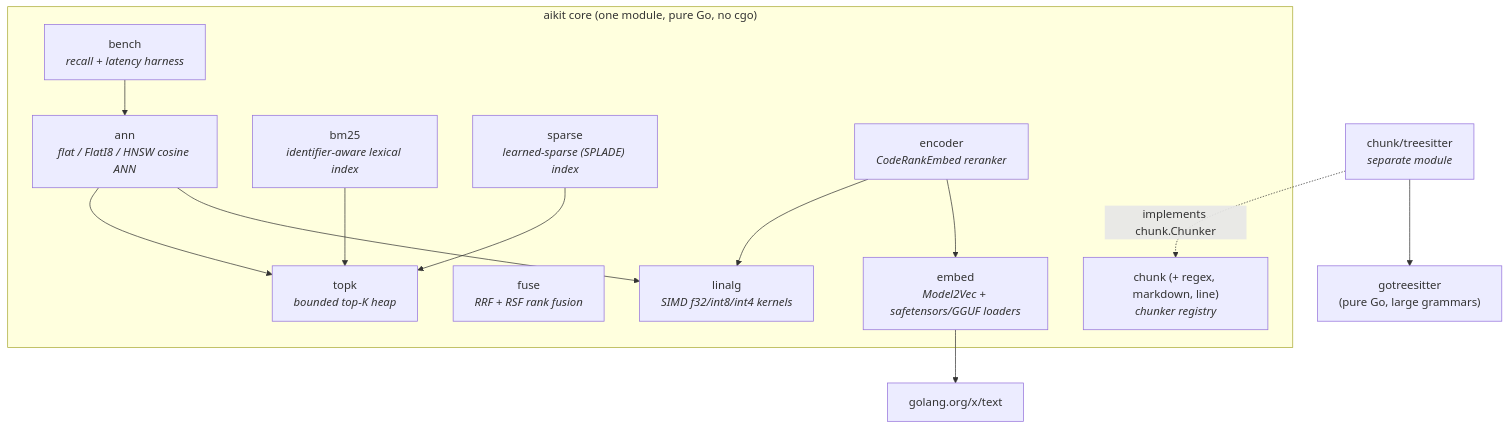
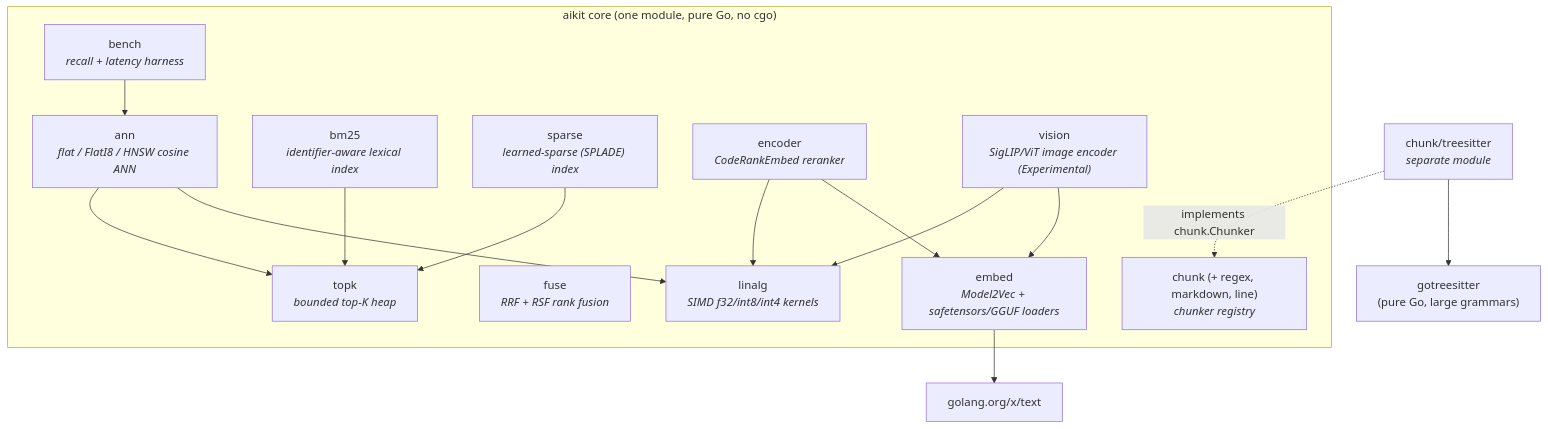
One commit to townsendmerino/aikit changed the first of 3 diagrams in docs/architecture.md. Above: the diagram before and after it, drawn with Mermaid. The commit also changed other lines of this file and 15 other files, not shown here.

First line of the commit message:
vision: add pure-Go SigLIP/ViT image encoder (Experimental) — moved from goinfer

````diff
--- a/docs/architecture.md
+++ b/docs/architecture.md
@@ -49,25 +49,28 @@
 ```mermaid
 graph TD
     subgraph core ["aikit core (one module, pure Go, no cgo)"]
         topk["topk<br/><i>bounded top-K heap</i>"]
         ann["ann<br/><i>flat / FlatI8 / HNSW cosine ANN</i>"]
         bm25["bm25<br/><i>identifier-aware lexical index</i>"]
         sparse["sparse<br/><i>learned-sparse (SPLADE) index</i>"]
         fuse["fuse<br/><i>RRF + RSF rank fusion</i>"]
         chunk["chunk (+ regex, markdown, line)<br/><i>chunker registry</i>"]
         linalg["linalg<br/><i>SIMD f32/int8/int4 kernels</i>"]
         embed["embed<br/><i>Model2Vec + safetensors/GGUF loaders</i>"]
         encoder["encoder<br/><i>CodeRankEmbed reranker</i>"]
+        vision["vision<br/><i>SigLIP/ViT image encoder (Experimental)</i>"]
         bench["bench<br/><i>recall + latency harness</i>"]
         encoder --> embed
         encoder --> linalg
+        vision --> embed
+        vision --> linalg
         ann --> linalg
         ann --> topk
         bm25 --> topk
         sparse --> topk
         bench --> ann
     end
     ts["chunk/treesitter<br/><i>separate module</i>"] -.->|implements chunk.Chunker| chunk
     ts --> gts["gotreesitter<br/>(pure Go, large grammars)"]
     embed --> xtext["golang.org/x/text"]
 ```
````
